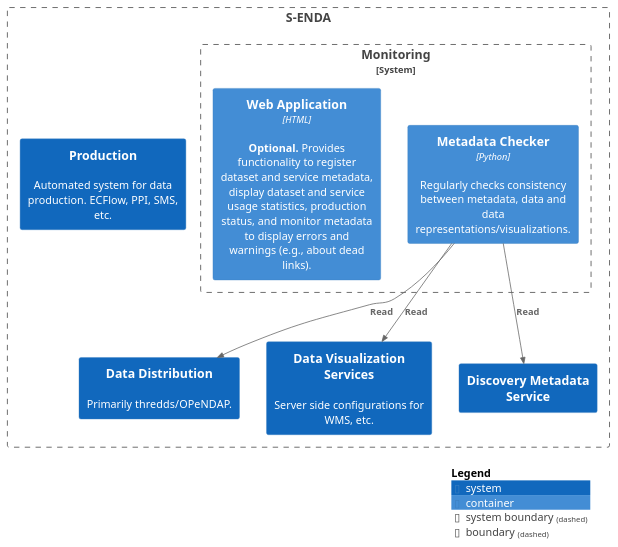
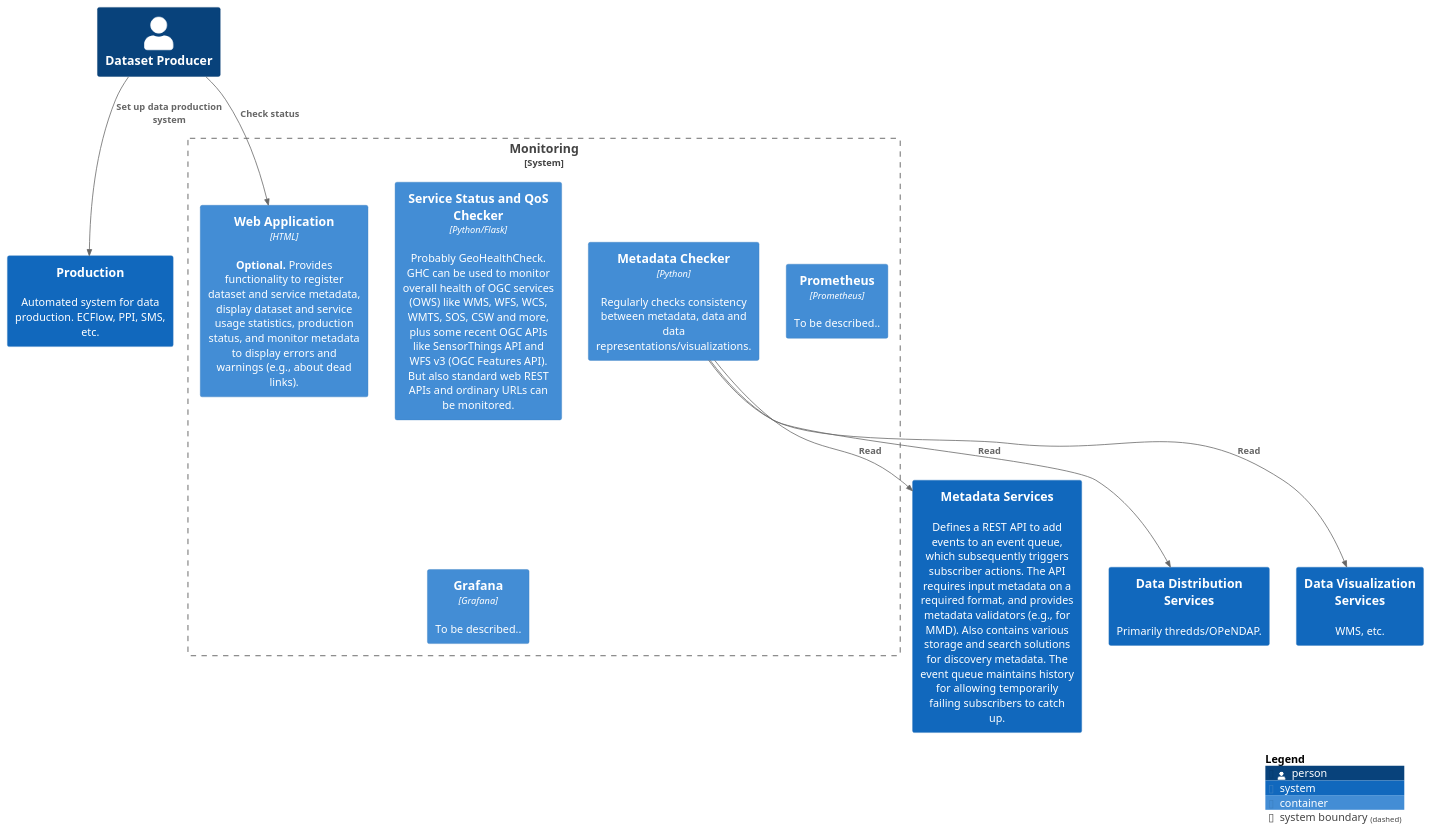
Before and after one commit to metno/S-ENDA-documentation: the diagram in source/puml/architecture/S-ENDA-monitoring-container-diagram.puml, drawn with PlantUML. The commit also changed 3 other files, not shown here.

```diff
--- a/source/puml/architecture/S-ENDA-monitoring-container-diagram.puml
+++ b/source/puml/architecture/S-ENDA-monitoring-container-diagram.puml
@@ -1,23 +1,40 @@
 @startuml S-ENDA-monitoring-container-diagram
 !include https://raw.githubusercontent.com/plantuml-stdlib/C4-PlantUML/master/C4_Container.puml
 
 LAYOUT_TOP_DOWN()
 
-Boundary(systems, "S-ENDA") {
-  System(productionhub, "Production", "Automated system for data production. ECFlow, PPI, SMS, etc.")
-  System(dist_systems, "Data Distribution", "Primarily thredds/OPeNDAP.")
-  System(vis_systems, "Data Visualization Services", "Server side configurations for WMS, etc.")
-  System_Boundary(monitoring, "Monitoring", "Monitoring of usage statistics, metadata consistency, and status of services and production chains."){
-    Container(checker, "Metadata Checker", "Python", "Regularly checks consistency between metadata, data and data representations/visualizations.")
-    Container(web_app, "Web Application", "HTML", "<b>Optional.</b> Provides functionality to register dataset and service metadata, display dataset and service usage statistics, production status, and monitor metadata to display errors and warnings (e.g., about dead links).")
-  }
-  System(mserviceSystem, "Discovery Metadata Service")
+Person(dataproducer, "Dataset Producer")
+
+System(dmservice, "Metadata Services", "Defines a REST API to add events to an event queue, which subsequently triggers subscriber actions. The API requires input metadata on a required format, and provides metadata validators (e.g., for MMD). Also contains various storage and search solutions for discovery metadata. The event queue maintains history for allowing temporarily failing subscribers to catch up.")
+System(productionhub, "Production", "Automated system for data production. ECFlow, PPI, SMS, etc.")
+System(dist_systems, "Data Distribution Services", "Primarily thredds/OPeNDAP.")
+System(vis_systems, "Data Visualization Services", "WMS, etc.")
+
+System_Boundary(monitoring, "Monitoring", "Monitoring of usage, metadata consistency, and status of services and production chains. Uses existing systems (e.g., prometheus/grafana)."){
+
+  Container(checker, "Metadata Checker", "Python", "Regularly checks consistency between metadata, data and data representations/visualizations.")
+
+  Container(web_app, "Web Application", "HTML", "<b>Optional.</b> Provides functionality to register dataset and service metadata, display dataset and service usage statistics, production status, and monitor metadata to display errors and warnings (e.g., about dead links).")
+
+  Container(ghc, "Service Status and QoS Checker", "Python/Flask", "Probably GeoHealthCheck. GHC can be used to monitor overall health of OGC services (OWS) like WMS, WFS, WCS, WMTS, SOS, CSW and more, plus some recent OGC APIs like SensorThings API and WFS v3 (OGC Features API). But also standard web REST APIs and ordinary URLs can be monitored.")
+
+  Container(prometheus, "Prometheus", "Prometheus", "To be described..")
+  Container(grafana, "Grafana", "Grafana", "To be described..")
+
 }
 
-Rel(checker, mserviceSystem, "Read")
+Rel(checker, dmservice, "Read")
 Rel(checker, dist_systems, "Read")
 Rel(checker, vis_systems, "Read")
+
+Rel(dataproducer, web_app, "Check status")
+
+Rel(dataproducer, productionhub, "Set up data production system")
+'Rel(productionhub, dist_systems, "Store")
+'Rel(productionhub, dmservice, "Validate/create/update/delete", "HTTP POST")
+'Rel(productionhub, dmservice, "Listen", "CloudEvent")
+'Rel(productionhub, vis_systems, "Store/Configure")
 
 SHOW_LEGEND()
 
 @enduml
```
